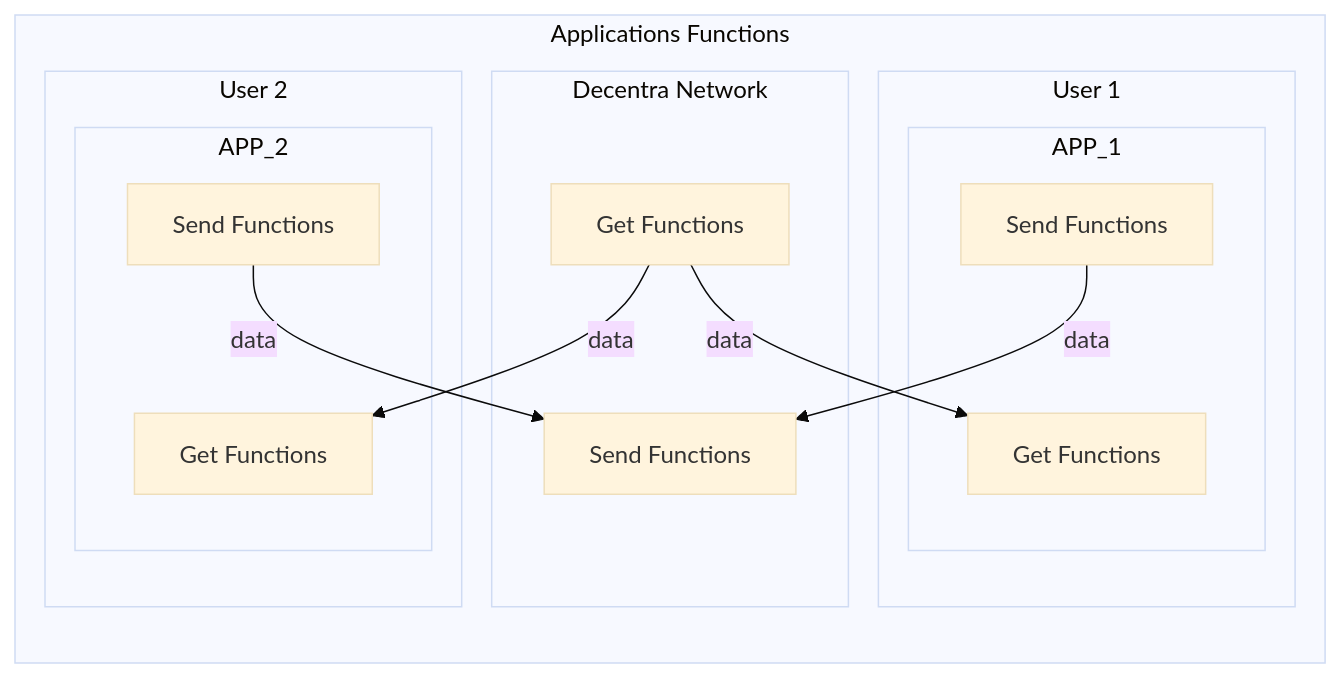
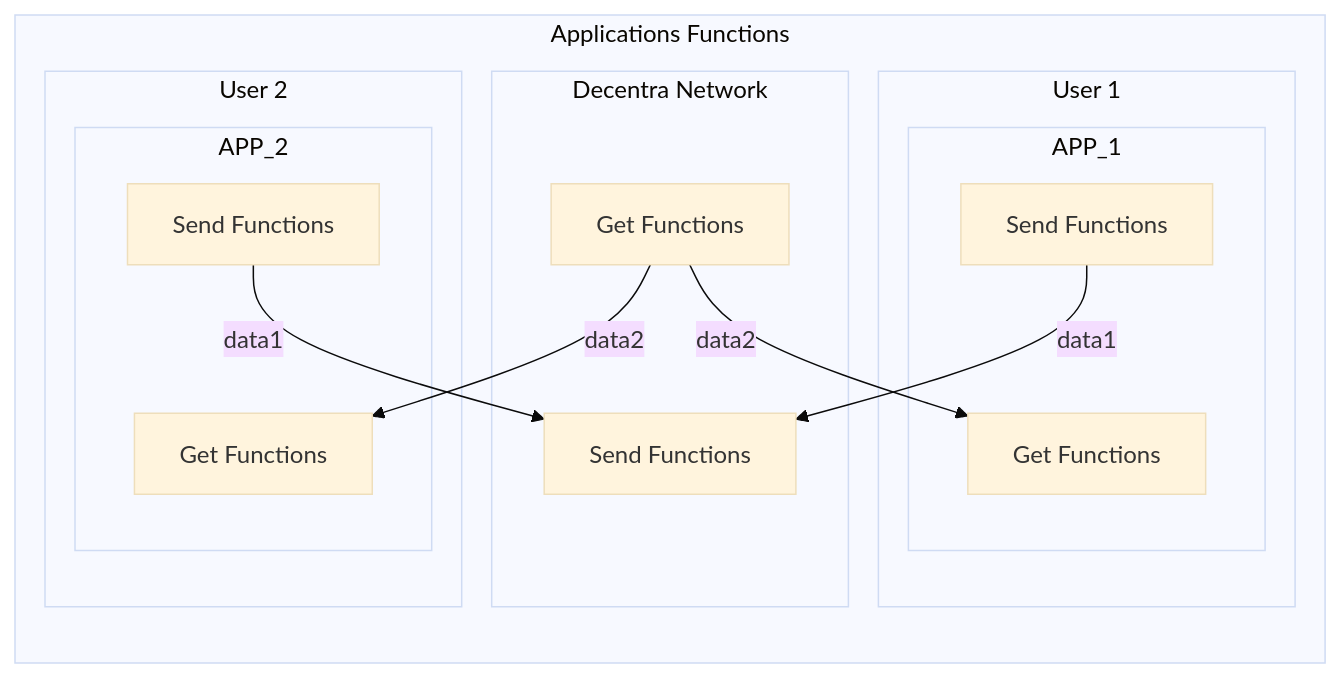
The first of 2 diagrams in docs/concepts/apps.md (Naruno/Naruno), drawn with Mermaid (base theme) before and after one commit.

Commit message:
docs: Changed apps concept data name to data_1 and data_2 (#1415)

````diff
--- a/docs/concepts/apps.md
+++ b/docs/concepts/apps.md
@@ -24,33 +24,33 @@
 ```mermaid
 flowchart LR
     subgraph Applications Functions
     subgraph user_1[User 1]
         subgraph APP_1
             send_1[Send Functions]
             get_1[Get Functions]
         end
     end
 
     subgraph Decentra Network
         send_d[Send Functions]
         get_d[Get Functions]
     end
 
 
 
     subgraph user_2[User 2]
         subgraph APP_2
             send_2[Send Functions]
             get_2[Get Functions]
         end
     end
 
-    send_1 -- data --> send_d
-    get_d -- data --> get_1
+    send_1 -- data1 --> send_d
+    get_d -- data2 --> get_1
 
-    send_2 -- data --> send_d
-    get_d -- data --> get_2
+    send_2 -- data1 --> send_d
+    get_d -- data2 --> get_2
 
 end
 
 ```
````
